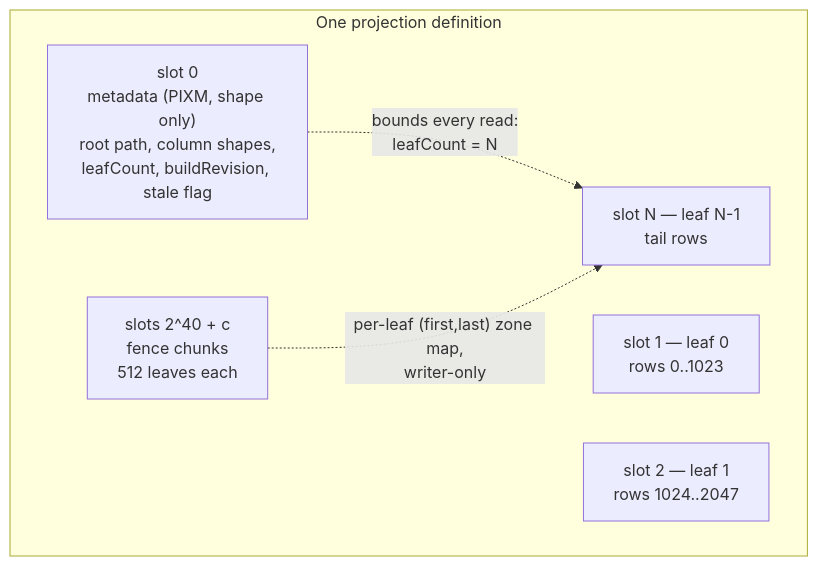
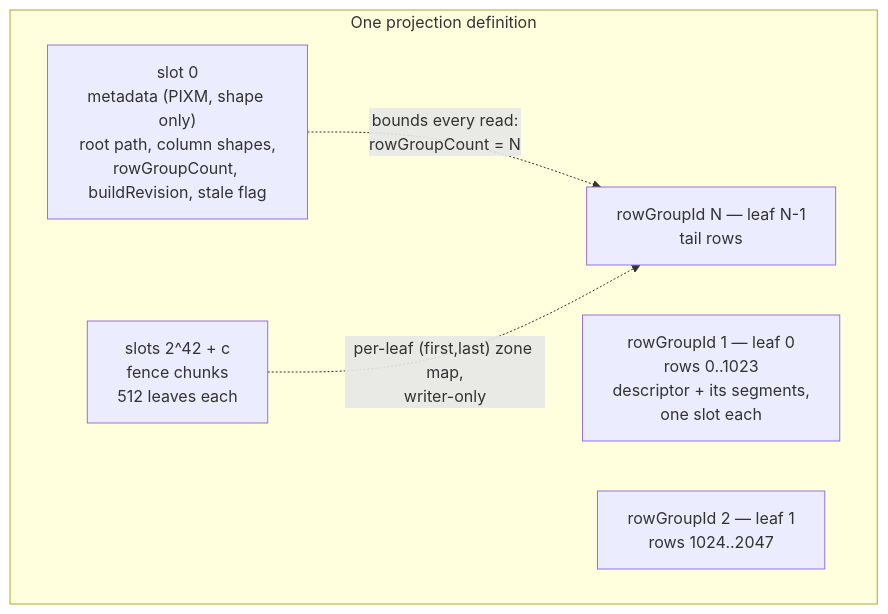
The second of 16 diagrams in docs/PROJECTION_INDEX_DEEP_DIVE.md (sirixdb/sirix), drawn with Mermaid before and after one commit. The commit also changed other lines of this file and 6 other files, not shown here.

````diff
--- a/docs/PROJECTION_INDEX_DEEP_DIVE.md
+++ b/docs/PROJECTION_INDEX_DEEP_DIVE.md
@@ -155,12 +155,12 @@
 ```mermaid
 flowchart TB
     subgraph store["One projection definition"]
-        M["slot 0<br/>metadata (PIXM, shape only)<br/>root path, column shapes,<br/>leafCount, buildRevision, stale flag"]
-        L1["slot 1 — leaf 0<br/>rows 0..1023"]
-        L2["slot 2 — leaf 1<br/>rows 1024..2047"]
-        LN["slot N — leaf N-1<br/>tail rows"]
-        F["slots 2^40 + c<br/>fence chunks<br/>512 leaves each"]
+        M["slot 0<br/>metadata (PIXM, shape only)<br/>root path, column shapes,<br/>rowGroupCount, buildRevision, stale flag"]
+        L1["rowGroupId 1 — leaf 0<br/>rows 0..1023<br/>descriptor + its segments,<br/>one slot each"]
+        L2["rowGroupId 2 — leaf 1<br/>rows 1024..2047"]
+        LN["rowGroupId N — leaf N-1<br/>tail rows"]
+        F["slots 2^42 + c<br/>fence chunks<br/>512 leaves each"]
     end
-    M -.->|"bounds every read:<br/>leafCount = N"| LN
+    M -.->|"bounds every read:<br/>rowGroupCount = N"| LN
     F -.->|"per-leaf (first,last) zone map,<br/>writer-only"| LN
 ```
````
